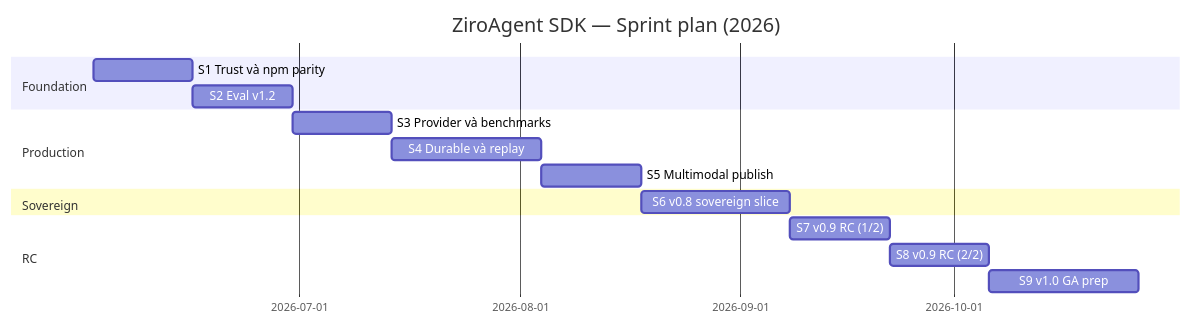
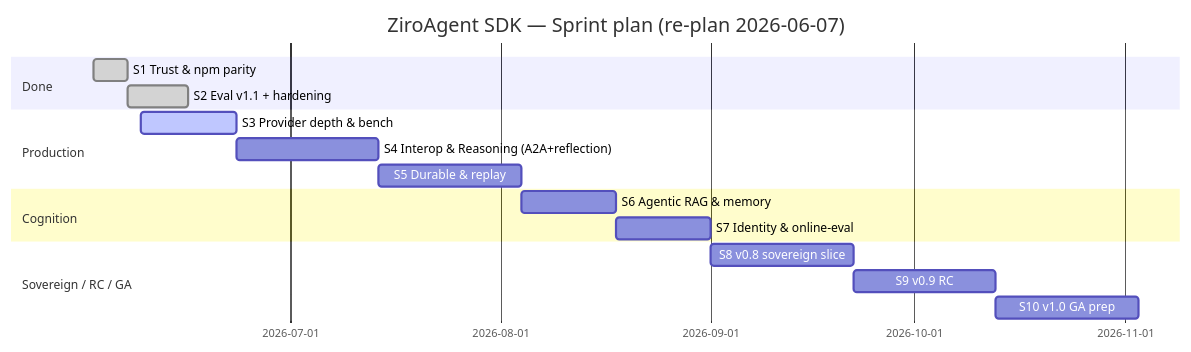
The diagram in sprint.md (ziroagent/sdk-typescript), drawn with Mermaid before and after one commit. The commit also changed other lines of this file, not shown here.

First line of the commit message:
docs: re-plan sprints for 2026-06 (done / WIP / to-do)

````diff
--- a/sprint.md
+++ b/sprint.md
@@ -123,18 +104,19 @@
 ```mermaid
 gantt
-  title ZiroAgent SDK — Sprint plan (2026)
+  title ZiroAgent SDK — Sprint plan (re-plan 2026-06-07)
   dateFormat YYYY-MM-DD
-  section Foundation
-  S1 Trust và npm parity     :s1, 2026-06-02, 14d
-  S2 Eval v1.2                :s2, after s1, 14d
+  section Done
+  S1 Trust & npm parity       :done, s1, 2026-06-02, 5d
+  S2 Eval v1.1 + hardening     :done, s2, after s1, 9d
   section Production
-  S3 Provider và benchmarks   :s3, after s2, 14d
-  S4 Durable và replay        :s4, after s3, 21d
-  S5 Multimodal publish       :s5, after s4, 14d
-  section Sovereign
-  S6 v0.8 sovereign slice     :s6, after s5, 21d
-  section RC
-  S7 v0.9 RC (1/2)            :s7, after s6, 14d
-  S8 v0.9 RC (2/2)            :s8, after s7, 14d
-  S9 v1.0 GA prep             :s9, after s8, 21d
+  S3 Provider depth & bench    :active, s3, 2026-06-09, 14d
+  S4 Interop & Reasoning (A2A+reflection) :s4, after s3, 21d
+  S5 Durable & replay          :s5, after s4, 21d
+  section Cognition
+  S6 Agentic RAG & memory      :s6, after s5, 14d
+  S7 Identity & online-eval    :s7, after s6, 14d
+  section Sovereign / RC / GA
+  S8 v0.8 sovereign slice      :s8, after s7, 21d
+  S9 v0.9 RC                   :s9, after s8, 21d
+  S10 v1.0 GA prep             :s10, after s9, 21d
 ```
````
